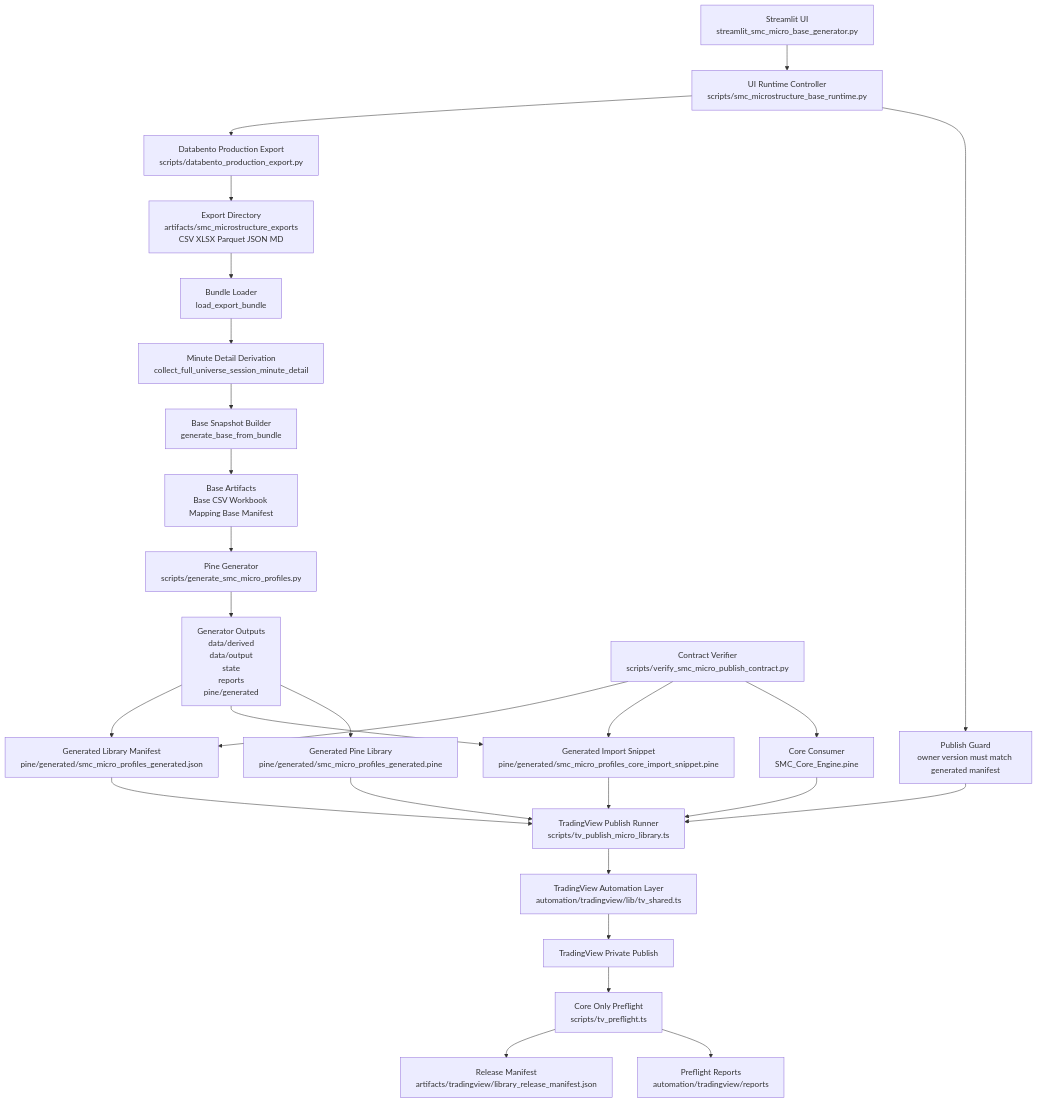
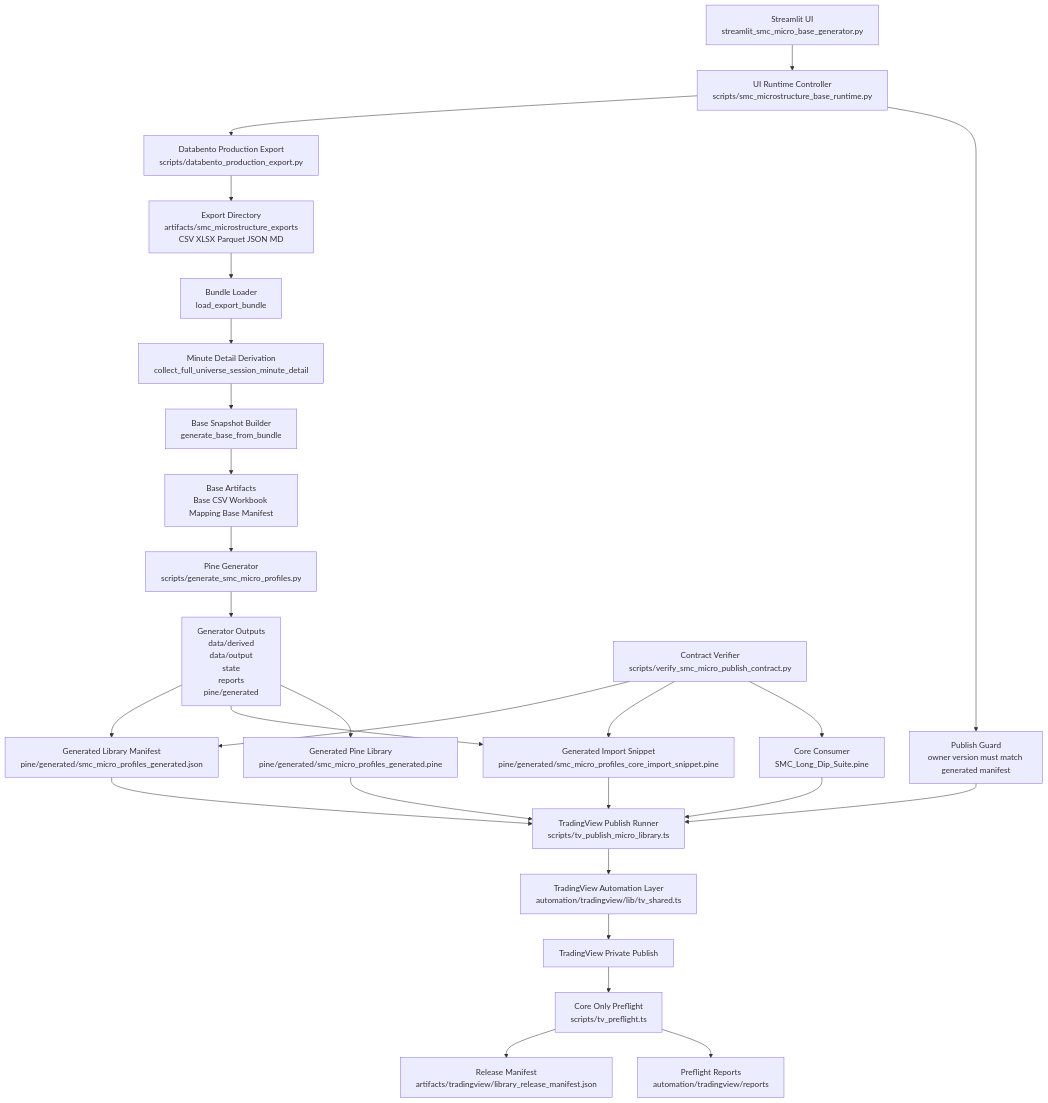
The diagram in docs/smc-microstructure-ui-architecture.md (skipp-dev/skipp-algo), drawn with Mermaid before and after one commit. The commit also changed 194 other files, not shown here.

````diff
--- a/docs/smc-microstructure-ui-architecture.md
+++ b/docs/smc-microstructure-ui-architecture.md
@@ -32,37 +32,37 @@
 ```mermaid
 flowchart TD
     A[Streamlit UI\nstreamlit_smc_micro_base_generator.py] --> B[UI Runtime Controller\nscripts/smc_microstructure_base_runtime.py]
 
     B --> C[Databento Production Export\nscripts/databento_production_export.py]
     C --> D[Export Directory\nartifacts/smc_microstructure_exports\nCSV XLSX Parquet JSON MD]
 
     D --> E[Bundle Loader\nload_export_bundle]
     E --> F[Minute Detail Derivation\ncollect_full_universe_session_minute_detail]
     F --> G[Base Snapshot Builder\ngenerate_base_from_bundle]
     G --> H[Base Artifacts\nBase CSV Workbook Mapping Base Manifest]
 
     H --> I[Pine Generator\nscripts/generate_smc_micro_profiles.py]
     I --> J[Generator Outputs\ndata/derived\ndata/output\nstate\nreports\npine/generated]
 
     J --> K[Generated Library Manifest\npine/generated/smc_micro_profiles_generated.json]
     J --> L[Generated Import Snippet\npine/generated/smc_micro_profiles_core_import_snippet.pine]
     J --> M[Generated Pine Library\npine/generated/smc_micro_profiles_generated.pine]
 
     B --> N[Publish Guard\nowner version must match generated manifest]
     N --> O[TradingView Publish Runner\nscripts/tv_publish_micro_library.ts]
 
     K --> O
     L --> O
-    P[Core Consumer\nSMC_Core_Engine.pine] --> O
+    P[Core Consumer\nSMC_Long_Dip_Suite.pine] --> O
     M --> O
 
     O --> Q[TradingView Automation Layer\nautomation/tradingview/lib/tv_shared.ts]
     Q --> R[TradingView Private Publish]
     R --> S[Core Only Preflight\nscripts/tv_preflight.ts]
     S --> T[Release Manifest\nartifacts/tradingview/library_release_manifest.json]
     S --> U[Preflight Reports\nautomation/tradingview/reports]
 
     V[Contract Verifier\nscripts/verify_smc_micro_publish_contract.py] --> K
     V --> L
     V --> P
 ```
````
